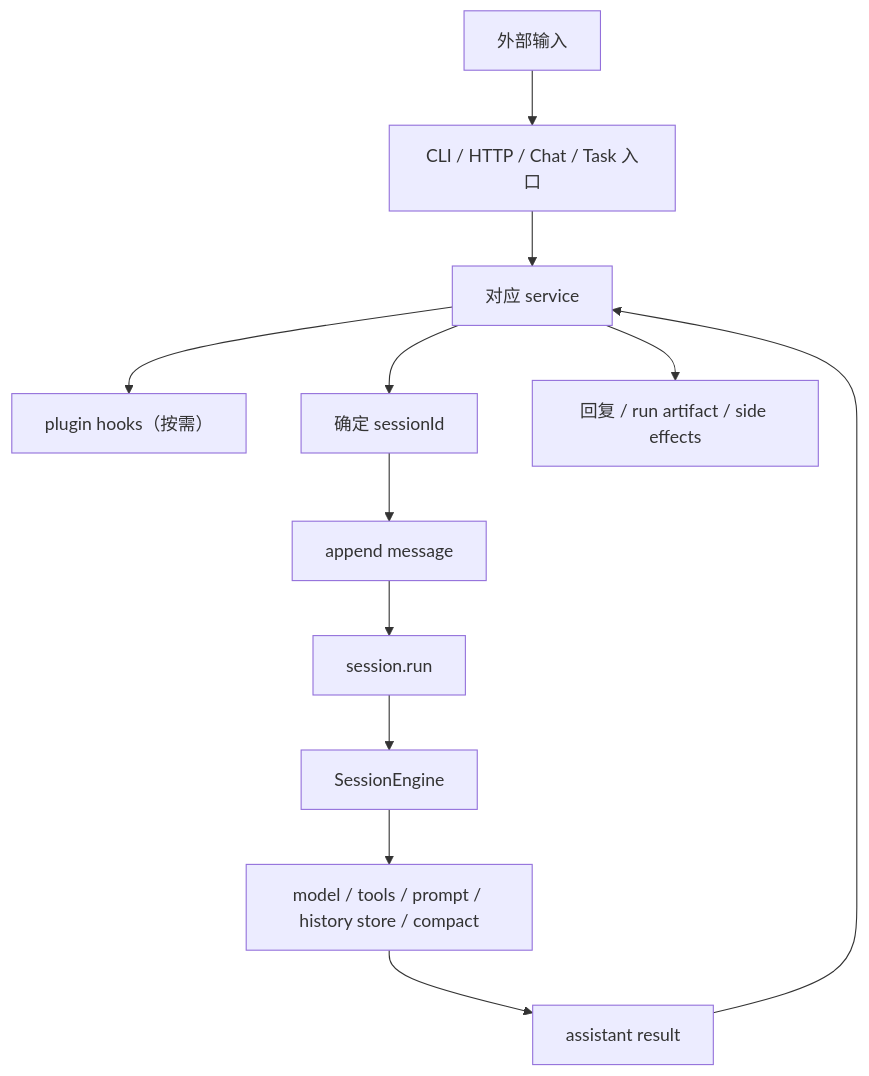
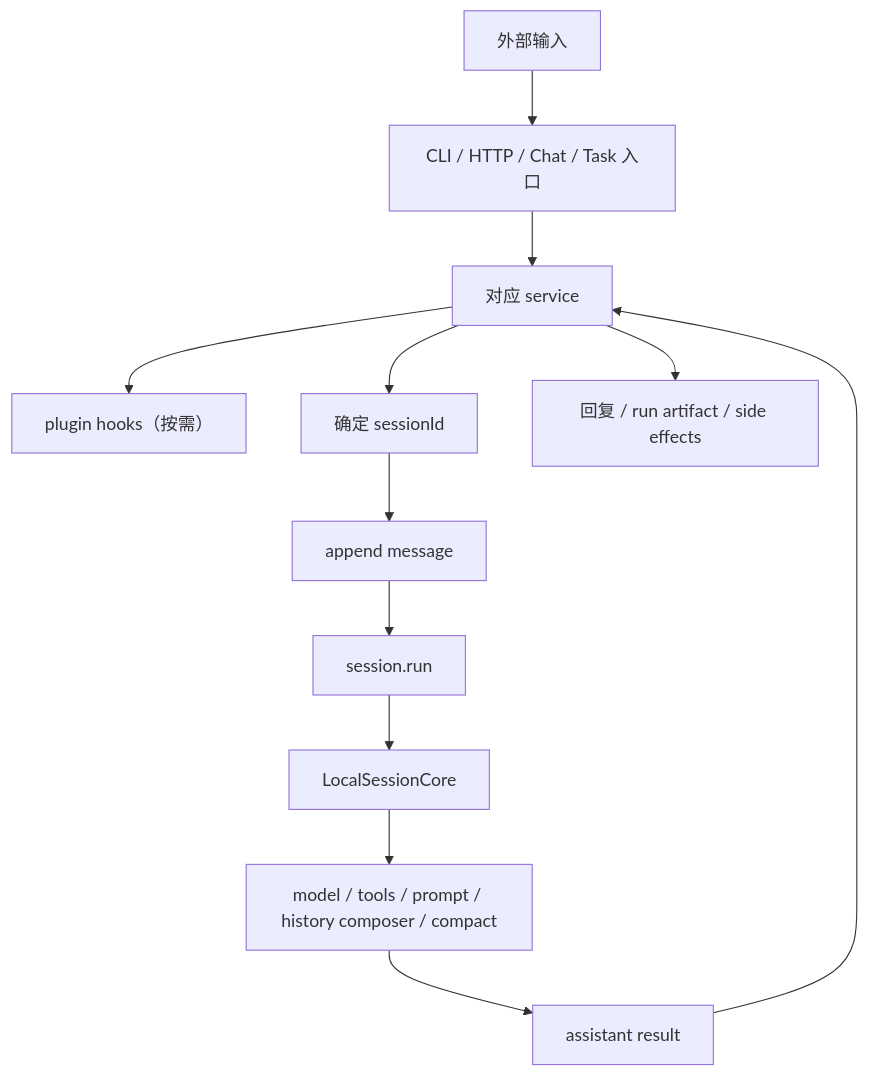
One commit to wangenius/downcity changed the third of 3 diagrams in homepage/content/devdocs/zh/architecture/system-logic.mdx. Above: the diagram before and after it, drawn with Mermaid. The commit also changed other lines of this file and 304 other files, not shown here.

Commit message:
refactor(agent): reorganize package architecture

````diff
--- a/homepage/content/devdocs/zh/architecture/system-logic.mdx
+++ b/homepage/content/devdocs/zh/architecture/system-logic.mdx
@@ -180,14 +179,14 @@
 ```mermaid
 flowchart TD
   IN["外部输入"] --> ROUTE["CLI / HTTP / Chat / Task 入口"]
   ROUTE --> SERVICE["对应 service"]
   SERVICE --> HOOK["plugin hooks（按需）"]
   SERVICE --> SID["确定 sessionId"]
   SID --> APPEND["append message"]
   APPEND --> RUN["session.run"]
-  RUN --> CORE["SessionEngine"]
-  CORE --> MODEL["model / tools / prompt / history store / compact"]
+  RUN --> CORE["LocalSessionCore"]
+  CORE --> MODEL["model / tools / prompt / history composer / compact"]
   MODEL --> RES["assistant result"]
   RES --> SERVICE
   SERVICE --> OUT["回复 / run artifact / side effects"]
 ```
````
